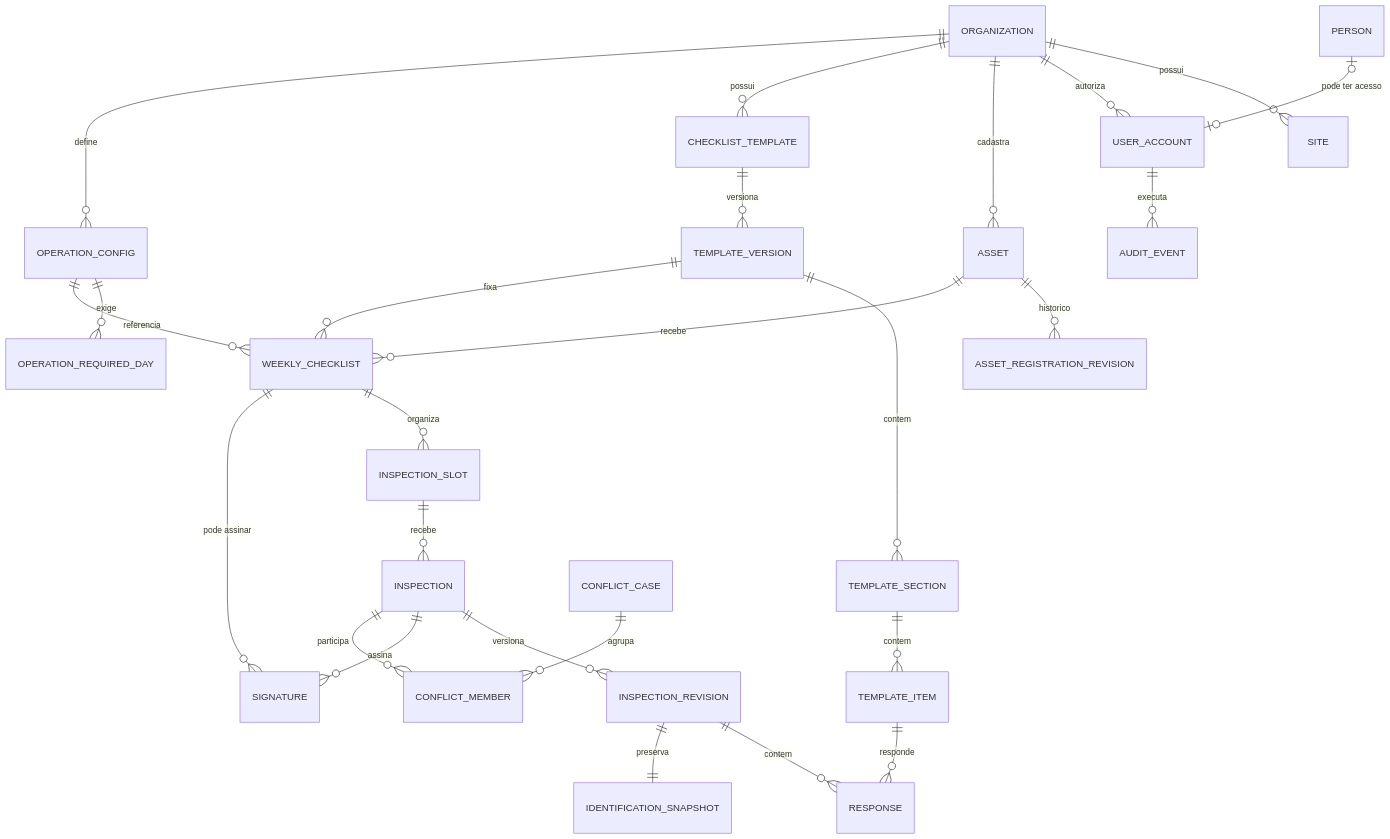
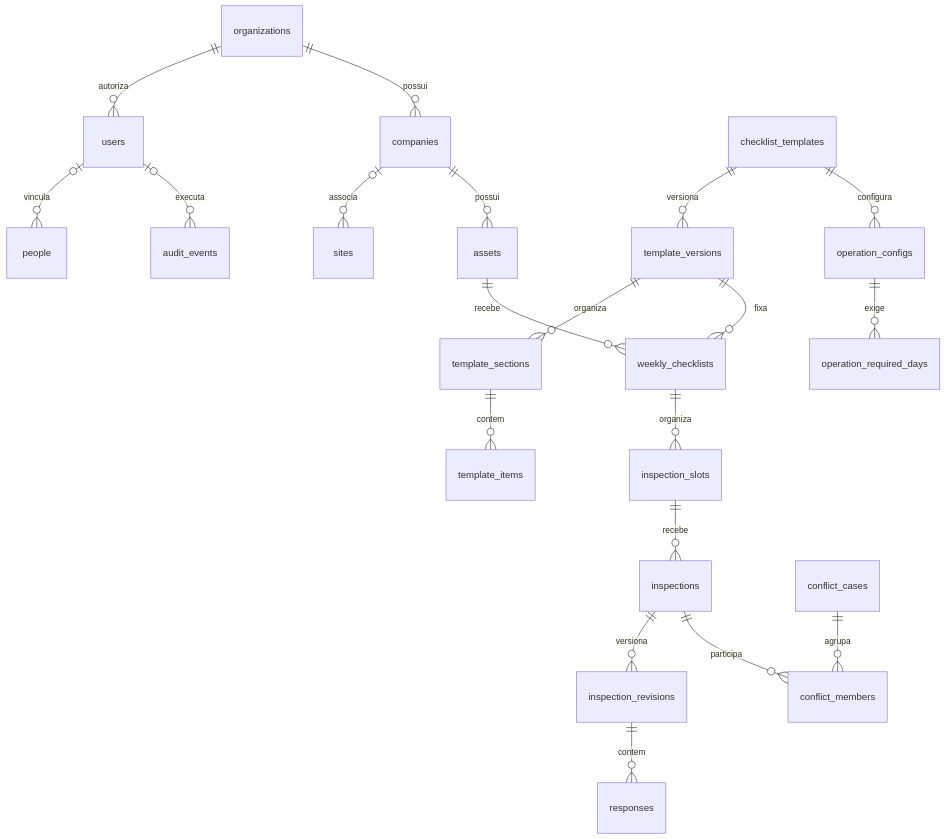
One commit to chineloloco/checklist changed the diagram in docs/architecture.md. Above: the diagram before and after it, drawn with Mermaid. The commit also changed other lines of this file and 207 other files, not shown here.

````diff
--- a/docs/architecture.md
+++ b/docs/architecture.md
@@ -38,32 +38,22 @@
 ```mermaid
 erDiagram
-  ORGANIZATION ||--o{ SITE : possui
-  ORGANIZATION ||--o{ USER_ACCOUNT : autoriza
-  PERSON o|--o| USER_ACCOUNT : "pode ter acesso"
-  ORGANIZATION ||--o{ ASSET : cadastra
-  ASSET ||--o{ ASSET_REGISTRATION_REVISION : historico
-
-  ORGANIZATION ||--o{ CHECKLIST_TEMPLATE : possui
-  CHECKLIST_TEMPLATE ||--o{ TEMPLATE_VERSION : versiona
-  TEMPLATE_VERSION ||--o{ TEMPLATE_SECTION : contem
-  TEMPLATE_SECTION ||--o{ TEMPLATE_ITEM : contem
-
-  ORGANIZATION ||--o{ OPERATION_CONFIG : define
-  OPERATION_CONFIG ||--o{ OPERATION_REQUIRED_DAY : exige
-
-  ASSET ||--o{ WEEKLY_CHECKLIST : recebe
-  TEMPLATE_VERSION ||--o{ WEEKLY_CHECKLIST : fixa
-  OPERATION_CONFIG ||--o{ WEEKLY_CHECKLIST : referencia
-  WEEKLY_CHECKLIST ||--o{ INSPECTION_SLOT : organiza
-  INSPECTION_SLOT ||--o{ INSPECTION : recebe
-  INSPECTION ||--o{ INSPECTION_REVISION : versiona
-  INSPECTION_REVISION ||--o{ RESPONSE : contem
-  TEMPLATE_ITEM ||--o{ RESPONSE : responde
-  INSPECTION_REVISION ||--|| IDENTIFICATION_SNAPSHOT : preserva
-  INSPECTION ||--o{ SIGNATURE : assina
-  WEEKLY_CHECKLIST ||--o{ SIGNATURE : "pode assinar"
-
-  INSPECTION ||--o{ CONFLICT_MEMBER : participa
-  CONFLICT_CASE ||--o{ CONFLICT_MEMBER : agrupa
-  USER_ACCOUNT ||--o{ AUDIT_EVENT : executa
+  organizations ||--o{ users : autoriza
+  organizations ||--o{ companies : possui
+  companies o|--o{ sites : associa
+  companies ||--o{ assets : possui
+  users o|--o{ people : vincula
+  checklist_templates ||--o{ template_versions : versiona
+  template_versions ||--o{ template_sections : organiza
+  template_sections ||--o{ template_items : contem
+  checklist_templates ||--o{ operation_configs : configura
+  operation_configs ||--o{ operation_required_days : exige
+  assets ||--o{ weekly_checklists : recebe
+  template_versions ||--o{ weekly_checklists : fixa
+  weekly_checklists ||--o{ inspection_slots : organiza
+  inspection_slots ||--o{ inspections : recebe
+  inspections ||--o{ inspection_revisions : versiona
+  inspection_revisions ||--o{ responses : contem
+  inspections ||--o{ conflict_members : participa
+  conflict_cases ||--o{ conflict_members : agrupa
+  users o|--o{ audit_events : executa
 ```
````
